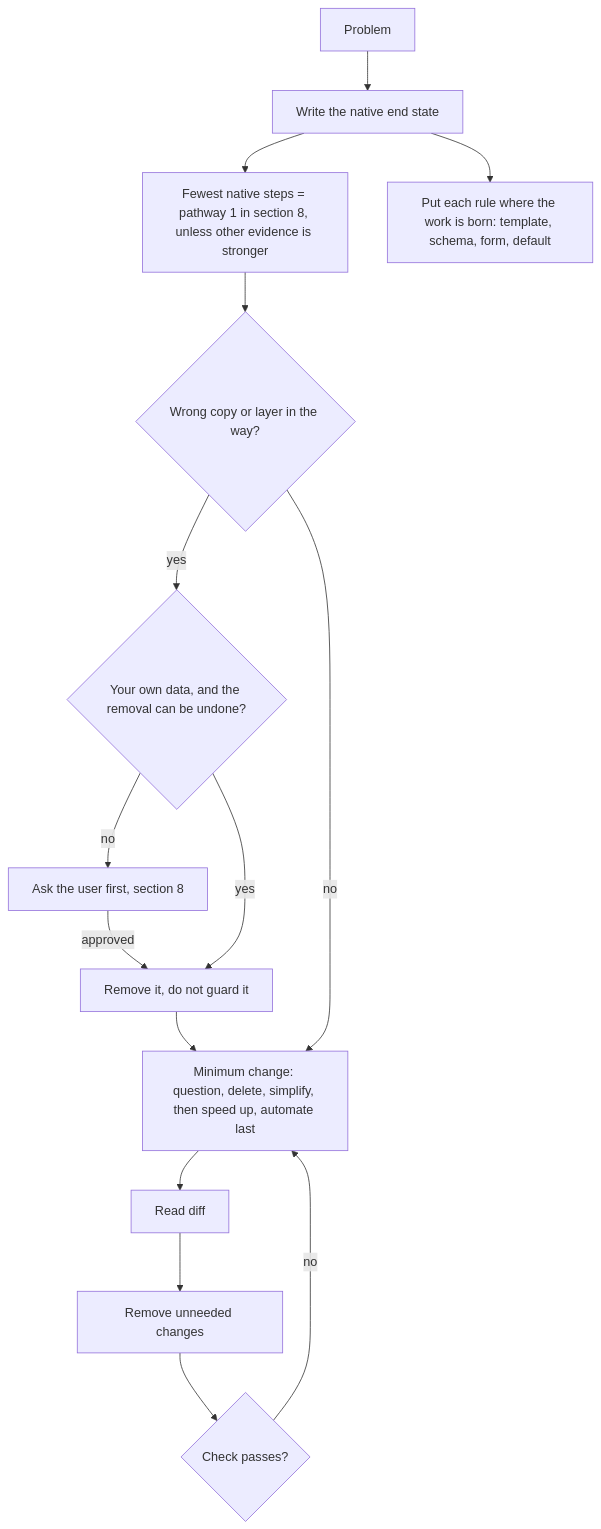
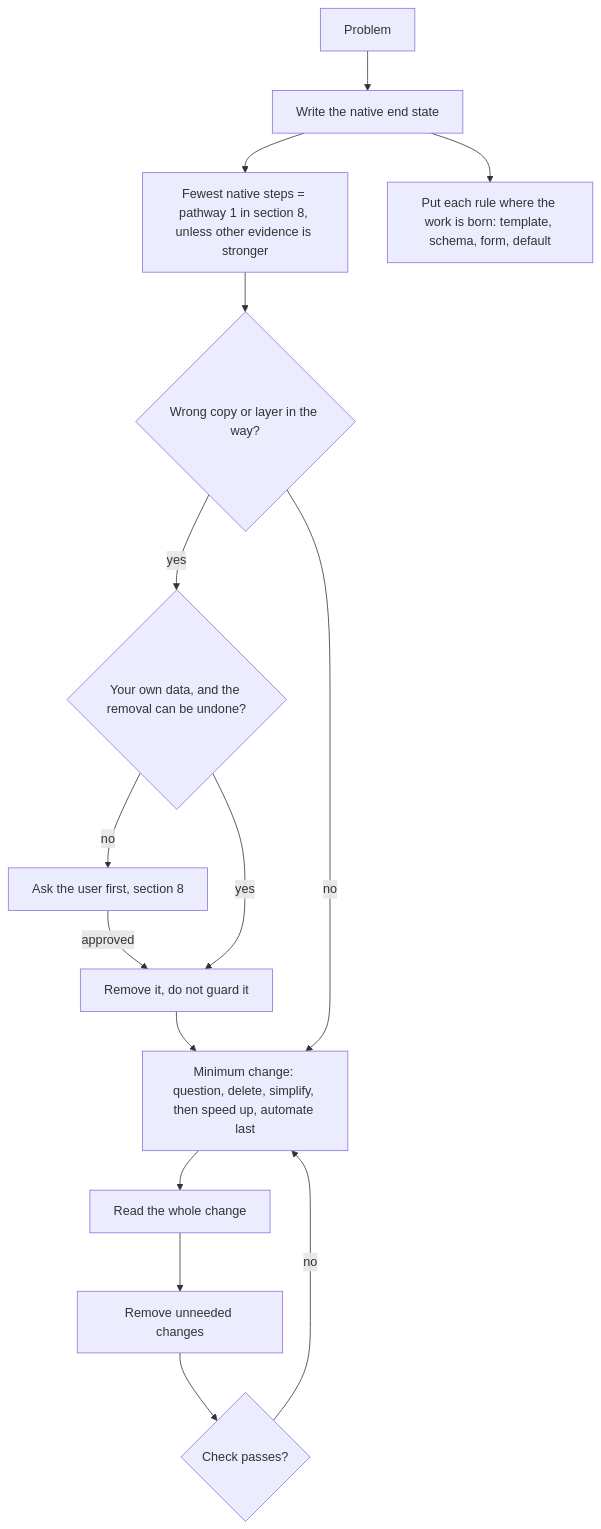
Before and after one commit to SolenixAI/arbiter: the tenth of 14 diagrams in AGENTS.md, drawn with Mermaid. The commit also changed other lines of this file, not shown here.

````diff
--- a/AGENTS.md
+++ b/AGENTS.md
@@ -402,11 +406,11 @@
 ```mermaid
 flowchart TD
   P[Problem] --> E[Write the native end state] --> N[Fewest native steps = pathway 1 in section 8, unless other evidence is stronger]
   N --> W{Wrong copy or layer in the way?}
   W -->|yes| O{Your own data, and the removal can be undone?}
   E --> RB[Put each rule where the work is born: template, schema, form, default]
   O -->|no| AS[Ask the user first, section 8] -->|approved| X
   O -->|yes| X[Remove it, do not guard it] --> M
-  W -->|no| M[Minimum change: question, delete, simplify, then speed up, automate last] --> D[Read diff] --> R[Remove unneeded changes] --> C{Check passes?}
+  W -->|no| M[Minimum change: question, delete, simplify, then speed up, automate last] --> D[Read the whole change] --> R[Remove unneeded changes] --> C{Check passes?}
   C -->|no| M
 ```
````
